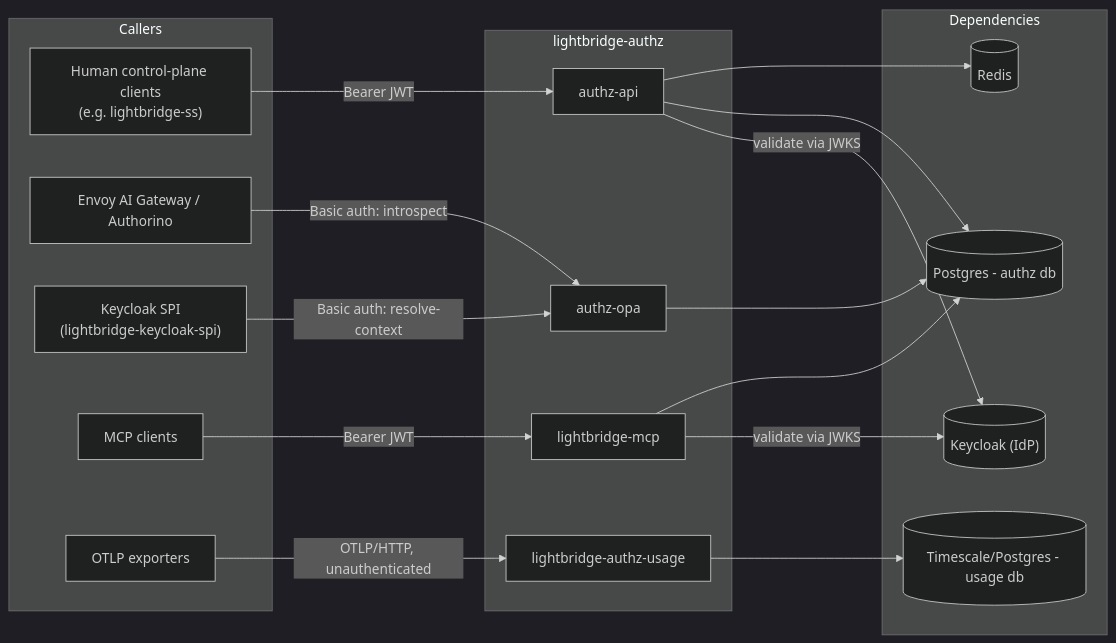
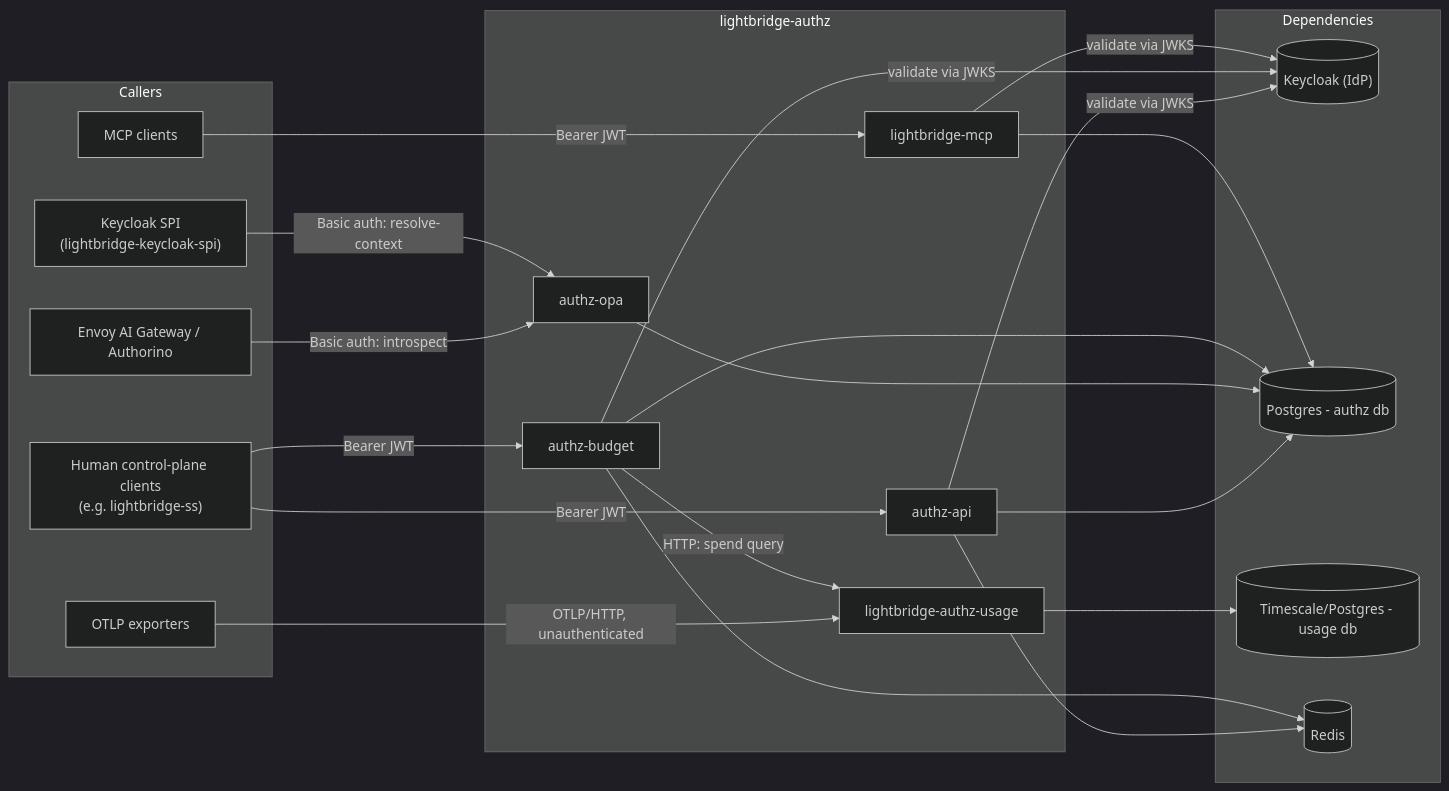
One commit to ADORSYS-GIS/lightbridge-authz changed the first of 2 diagrams in docs/architecture/README.md. Above: the diagram before and after it, drawn with Mermaid (dark theme). The commit also changed other lines of this file and 19 other files, not shown here.

````diff
--- a/docs/architecture/README.md
+++ b/docs/architecture/README.md
@@ -12,39 +12,45 @@
 ```mermaid
 flowchart LR
     subgraph callers["Callers"]
         Frontend["Human control-plane clients\n(e.g. lightbridge-ss)"]
         Gateway["Envoy AI Gateway / Authorino"]
         KcAdapter["Keycloak SPI\n(lightbridge-keycloak-spi)"]
         McpClient["MCP clients"]
         OtelExporters["OTLP exporters"]
     end
 
     subgraph system["lightbridge-authz"]
         API["authz-api"]
         OPA["authz-opa"]
+        Budget["authz-budget"]
         MCP["lightbridge-mcp"]
         Usage["lightbridge-authz-usage"]
     end
 
     subgraph deps["Dependencies"]
         Keycloak[("Keycloak (IdP)")]
         Postgres[("Postgres - authz db")]
         Timescale[("Timescale/Postgres - usage db")]
         Redis[("Redis")]
     end
 
     Frontend -->|"Bearer JWT"| API
+    Frontend -->|"Bearer JWT"| Budget
     Gateway -->|"Basic auth: introspect"| OPA
     KcAdapter -->|"Basic auth: resolve-context"| OPA
     McpClient -->|"Bearer JWT"| MCP
     OtelExporters -->|"OTLP/HTTP, unauthenticated"| Usage
 
     API -->|"validate via JWKS"| Keycloak
+    Budget -->|"validate via JWKS"| Keycloak
     MCP -->|"validate via JWKS"| Keycloak
 
     API --> Postgres
     OPA --> Postgres
+    Budget --> Postgres
     MCP --> Postgres
     API --> Redis
+    Budget --> Redis
+    Budget -->|"HTTP: spend query"| Usage
     Usage --> Timescale
 ```
````
